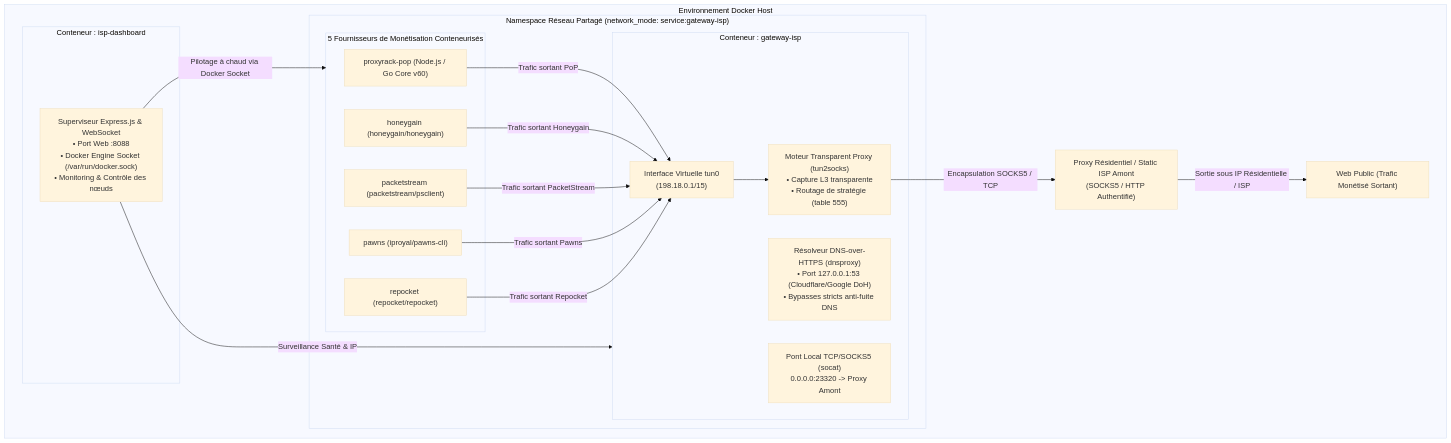
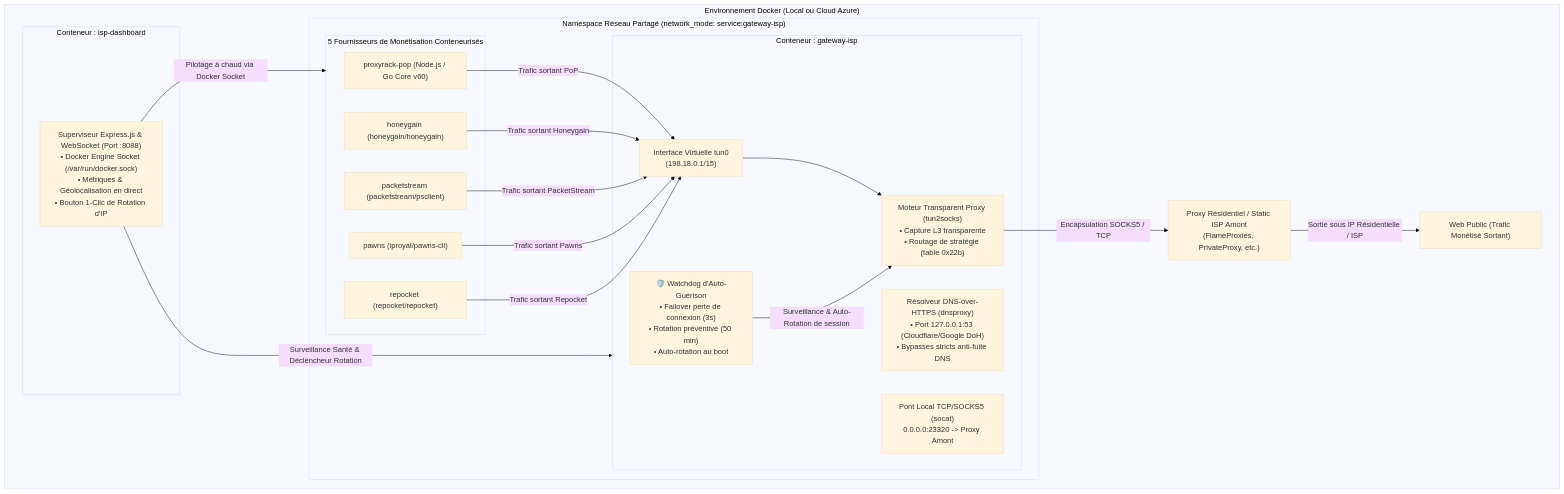
The diagram in README.md (ki2pixel/proxy_docker), drawn with Mermaid (base theme) before and after one commit. The commit also changed other lines of this file, not shown here.

Commit message:
docs: update README with Azure deployment, self-healing watchdog, and CI/CD workflow

````diff
--- a/README.md
+++ b/README.md
@@ -11,42 +11,44 @@
 ```mermaid
 graph TD
-    subgraph Docker ["Environnement Docker Host"]
+    subgraph Docker ["Environnement Docker (Local ou Cloud Azure)"]
         subgraph NetNamespace ["Namespace Réseau Partagé (network_mode: service:gateway-isp)"]
             
             subgraph GatewayContainer ["Conteneur : gateway-isp"]
                 TUN["Interface Virtuelle tun0<br>(198.18.0.1/15)"]
-                T2S["Moteur Transparent Proxy (tun2socks)<br>• Capture L3 transparente<br>• Routage de stratégie (table 555)"]
+                T2S["Moteur Transparent Proxy (tun2socks)<br>• Capture L3 transparente<br>• Routage de stratégie (table 0x22b)"]
                 DOH["Résolveur DNS-over-HTTPS (dnsproxy)<br>• Port 127.0.0.1:53 (Cloudflare/Google DoH)<br>• Bypasses stricts anti-fuite DNS"]
+                WD["🛡️ Watchdog d'Auto-Guérison<br>• Failover perte de connexion (3s)<br>• Rotation préventive (50 min)<br>• Auto-rotation au boot"]
                 SOCAT["Pont Local TCP/SOCKS5 (socat)<br>0.0.0.0:23320 -> Proxy Amont"]
             end
             
             subgraph ProvidersContainers ["5 Fournisseurs de Monétisation Conteneurisés"]
                 PR["proxyrack-pop (Node.js / Go Core v60)"]
                 HG["honeygain (honeygain/honeygain)"]
                 PS["packetstream (packetstream/psclient)"]
                 PA["pawns (iproyal/pawns-cli)"]
                 RP["repocket (repocket/repocket)"]
             end
         end
 
         subgraph DashboardContainer ["Conteneur : isp-dashboard"]
-            DASH["Superviseur Express.js & WebSocket<br>• Port Web :8088<br>• Docker Engine Socket (/var/run/docker.sock)<br>• Monitoring & Contrôle des nœuds"]
+            DASH["Superviseur Express.js & WebSocket (Port :8088)<br>• Docker Engine Socket (/var/run/docker.sock)<br>• Métriques & Géolocalisation en direct<br>• Bouton 1-Clic de Rotation d'IP"]
         end
 
-        UPSTREAM["Proxy Résidentiel / Static ISP Amont<br>(SOCKS5 / HTTP Authentifié)"]
+        UPSTREAM["Proxy Résidentiel / Static ISP Amont<br>(FlameProxies, PrivateProxy, etc.)"]
         INTERNET["Web Public (Trafic Monétisé Sortant)"]
     end
 
     PR -->|Trafic sortant PoP| TUN
     HG -->|Trafic sortant Honeygain| TUN
     PS -->|Trafic sortant PacketStream| TUN
     PA -->|Trafic sortant Pawns| TUN
     RP -->|Trafic sortant Repocket| TUN
 
     TUN --> T2S
     T2S -->|Encapsulation SOCKS5 / TCP| UPSTREAM
     UPSTREAM -->|Sortie sous IP Résidentielle / ISP| INTERNET
 
+    WD -->|Surveillance & Auto-Rotation de session| T2S
     DASH -->|Pilotage à chaud via Docker Socket| ProvidersContainers
-    DASH -->|Surveillance Santé & IP| GatewayContainer
+    DASH -->|Surveillance Santé & Déclencheur Rotation| GatewayContainer
 ```
````
